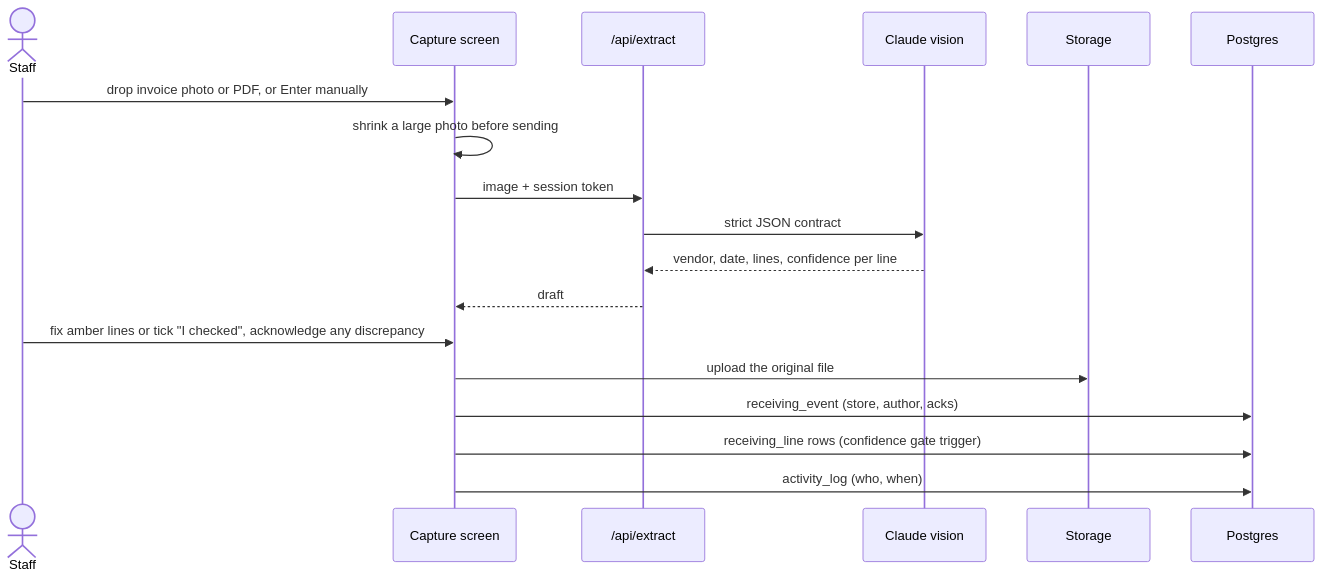
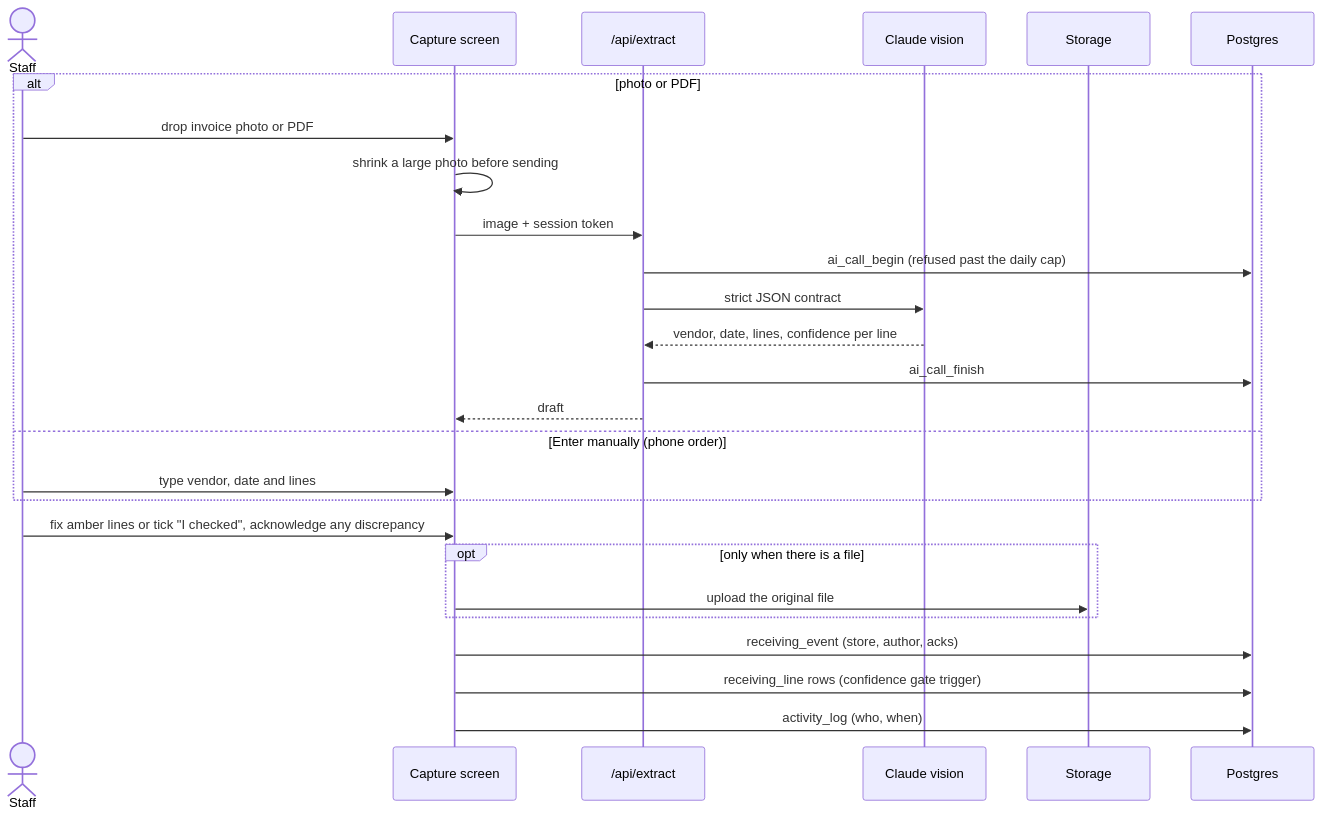
Before and after one commit to raviteja0012/robinsons-store: the third of 6 diagrams in docs/ARCHITECTURE.md, drawn with Mermaid. The commit also changed other lines of this file and 2 other files, not shown here.

First line of the commit message:
Correct the architecture diagrams to match the code

````diff
--- a/docs/ARCHITECTURE.md
+++ b/docs/ARCHITECTURE.md
@@ -151,20 +174,28 @@
 ```mermaid
 sequenceDiagram
   actor Staff
   participant UI as Capture screen
   participant EX as /api/extract
   participant AI as Claude vision
   participant ST as Storage
   participant DB as Postgres
-  Staff->>UI: drop invoice photo or PDF, or Enter manually
-  UI->>UI: shrink a large photo before sending
-  UI->>EX: image + session token
-  EX->>AI: strict JSON contract
-  AI-->>EX: vendor, date, lines, confidence per line
-  EX-->>UI: draft
+  alt photo or PDF
+    Staff->>UI: drop invoice photo or PDF
+    UI->>UI: shrink a large photo before sending
+    UI->>EX: image + session token
+    EX->>DB: ai_call_begin (refused past the daily cap)
+    EX->>AI: strict JSON contract
+    AI-->>EX: vendor, date, lines, confidence per line
+    EX->>DB: ai_call_finish
+    EX-->>UI: draft
+  else Enter manually (phone order)
+    Staff->>UI: type vendor, date and lines
+  end
   Staff->>UI: fix amber lines or tick "I checked", acknowledge any discrepancy
-  UI->>ST: upload the original file
+  opt only when there is a file
+    UI->>ST: upload the original file
+  end
   UI->>DB: receiving_event (store, author, acks)
   UI->>DB: receiving_line rows (confidence gate trigger)
   UI->>DB: activity_log (who, when)
 ```
````
